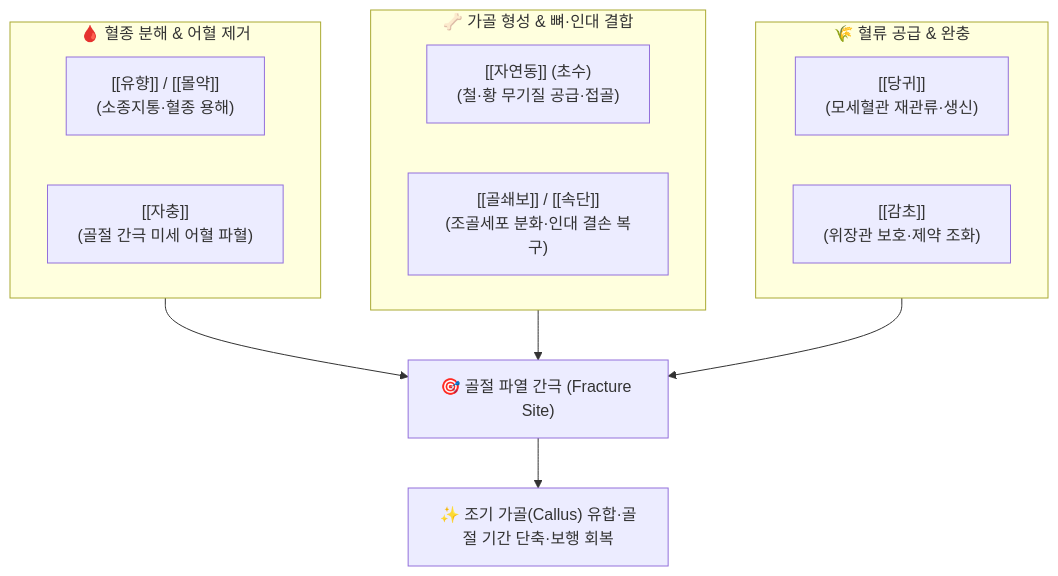
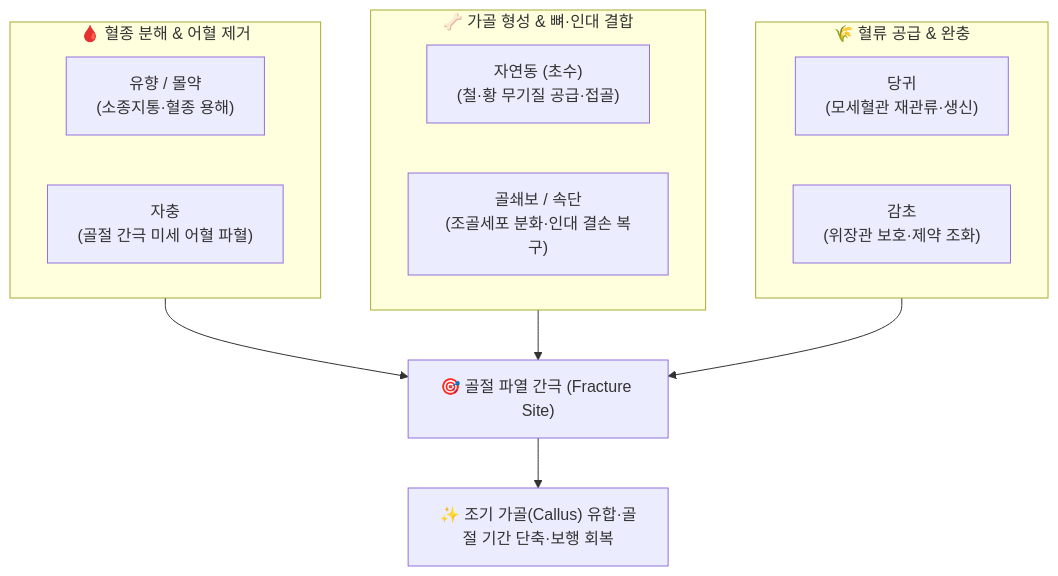
The diagram in content/2. 약리 공부/처방/05_활혈거어·지혈제/접골단.md (simbio11/simbio-digital-garden2), drawn with Mermaid before and after one commit. The commit also changed other lines of this file and 105 other files, not shown here.

````diff
--- a/content/2. 약리 공부/처방/05_활혈거어·지혈제/접골단.md
+++ b/content/2. 약리 공부/처방/05_활혈거어·지혈제/접골단.md
@@ -65,22 +66,22 @@
 ```mermaid
 graph TD
     subgraph Debris["🩸 혈종 분해 & 어혈 제거"]
-        D1["[[유향]] / [[몰약]]<br>(소종지통·혈종 용해)"]
-        D2["[[자충]]<br>(골절 간극 미세 어혈 파혈)"]
+        D1["유향 / 몰약<br>(소종지통·혈종 용해)"]
+        D2["자충<br>(골절 간극 미세 어혈 파혈)"]
     end
 
     subgraph Matrix["🦴 가골 형성 & 뼈·인대 결합"]
-        M1["[[자연동]] (초수)<br>(철·황 무기질 공급·접골)"]
-        M2["[[골쇄보]] / [[속단]]<br>(조골세포 분화·인대 결손 복구)"]
+        M1["자연동 (초수)<br>(철·황 무기질 공급·접골)"]
+        M2["골쇄보 / 속단<br>(조골세포 분화·인대 결손 복구)"]
     end
 
     subgraph Perfusion["🌾 혈류 공급 & 완충"]
-        P1["[[당귀]]<br>(모세혈관 재관류·생신)"]
-        P2["[[감초]]<br>(위장관 보호·제약 조화)"]
+        P1["당귀<br>(모세혈관 재관류·생신)"]
+        P2["감초<br>(위장관 보호·제약 조화)"]
     end
 
     Debris --> Site["🎯 골절 파열 간극 (Fracture Site)"]
     Matrix --> Site
     Perfusion --> Site
     Site --> Outcome["✨ 조기 가골(Callus) 유합·골절 기간 단축·보행 회복"]
 ```
````
